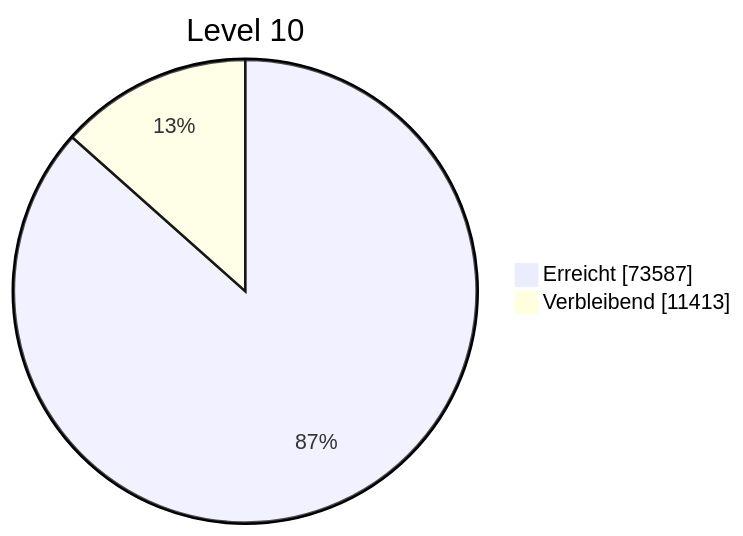
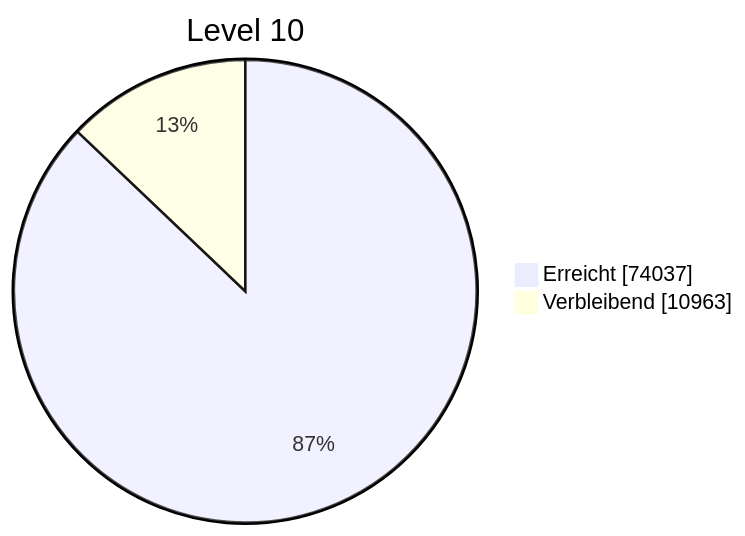
Before and after one commit to benno93/HansZimmer: the diagram in README.md, drawn with Mermaid. The commit also changed other lines of this file, not shown here.

````diff
--- a/README.md
+++ b/README.md
@@ -3,6 +3,6 @@
 ```mermaid
 pie showData
     title Level 10
-    "Erreicht" : 73587
-    "Verbleibend" : 11413
+    "Erreicht" : 74037
+    "Verbleibend" : 10963
 ```
````
